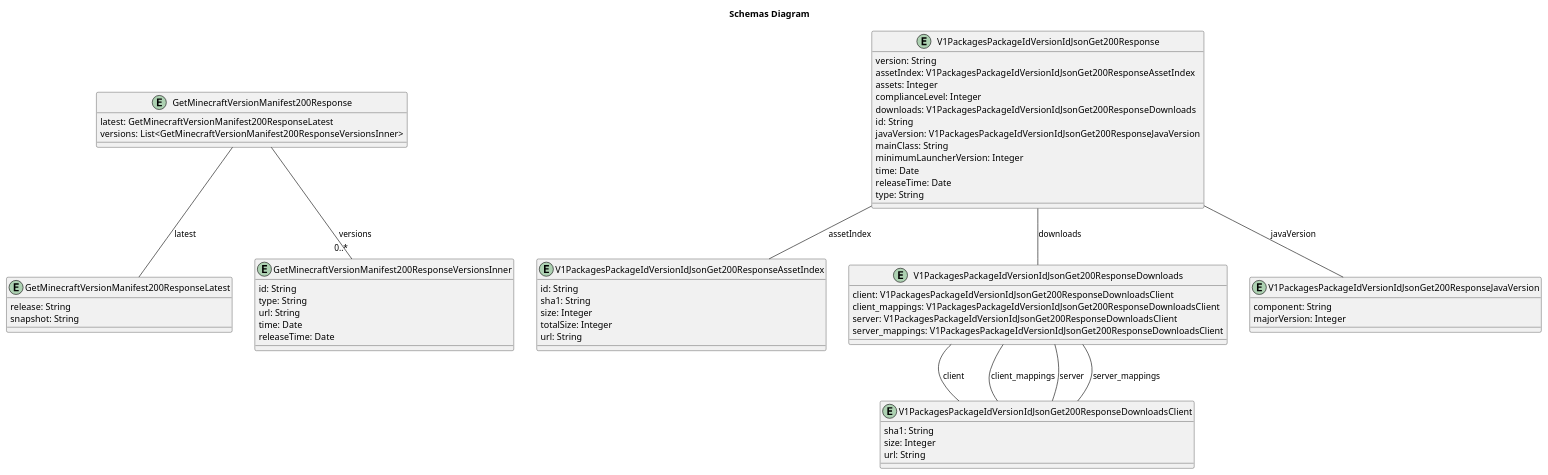
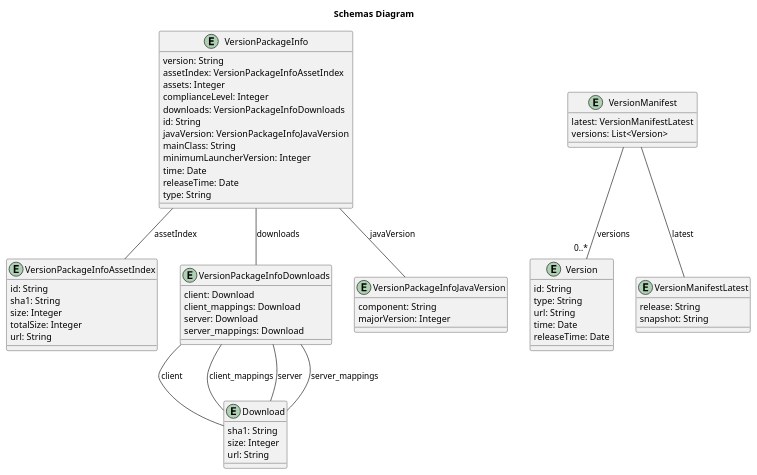
One commit to oapicf/minecraft-versions changed the diagram in clients/plantuml/generated/schemas.plantuml. Above: the diagram before and after it, drawn with PlantUML. The commit also changed 1452 other files, not shown here.

```diff
--- a/clients/plantuml/generated/schemas.plantuml
+++ b/clients/plantuml/generated/schemas.plantuml
@@ -1,75 +1,75 @@
 @startuml
 
 title  Schemas Diagram
 
-entity GetMinecraftVersionManifest200Response {
-    latest: GetMinecraftVersionManifest200ResponseLatest
-    versions: List<GetMinecraftVersionManifest200ResponseVersionsInner>
+entity Download {
+    sha1: String
+    size: Integer
+    url: String
 }
 
-entity GetMinecraftVersionManifest200ResponseLatest {
-    release: String
-    snapshot: String
-}
-
-entity GetMinecraftVersionManifest200ResponseVersionsInner {
+entity Version {
     id: String
     type: String
     url: String
     time: Date
     releaseTime: Date
 }
 
-entity V1PackagesPackageIdVersionIdJsonGet200Response {
+entity VersionManifest {
+    latest: VersionManifestLatest
+    versions: List<Version>
+}
+
+entity VersionManifestLatest {
+    release: String
+    snapshot: String
+}
+
+entity VersionPackageInfo {
     version: String
-    assetIndex: V1PackagesPackageIdVersionIdJsonGet200ResponseAssetIndex
+    assetIndex: VersionPackageInfoAssetIndex
     assets: Integer
     complianceLevel: Integer
-    downloads: V1PackagesPackageIdVersionIdJsonGet200ResponseDownloads
+    downloads: VersionPackageInfoDownloads
     id: String
-    javaVersion: V1PackagesPackageIdVersionIdJsonGet200ResponseJavaVersion
+    javaVersion: VersionPackageInfoJavaVersion
     mainClass: String
     minimumLauncherVersion: Integer
     time: Date
     releaseTime: Date
     type: String
 }
 
-entity V1PackagesPackageIdVersionIdJsonGet200ResponseAssetIndex {
+entity VersionPackageInfoAssetIndex {
     id: String
     sha1: String
     size: Integer
     totalSize: Integer
     url: String
 }
 
-entity V1PackagesPackageIdVersionIdJsonGet200ResponseDownloads {
-    client: V1PackagesPackageIdVersionIdJsonGet200ResponseDownloadsClient
-    client_mappings: V1PackagesPackageIdVersionIdJsonGet200ResponseDownloadsClient
-    server: V1PackagesPackageIdVersionIdJsonGet200ResponseDownloadsClient
-    server_mappings: V1PackagesPackageIdVersionIdJsonGet200ResponseDownloadsClient
+entity VersionPackageInfoDownloads {
+    client: Download
+    client_mappings: Download
+    server: Download
+    server_mappings: Download
 }
 
-entity V1PackagesPackageIdVersionIdJsonGet200ResponseDownloadsClient {
-    sha1: String
-    size: Integer
-    url: String
-}
-
-entity V1PackagesPackageIdVersionIdJsonGet200ResponseJavaVersion {
+entity VersionPackageInfoJavaVersion {
     component: String
     majorVersion: Integer
 }
 
 
-GetMinecraftVersionManifest200Response -- GetMinecraftVersionManifest200ResponseLatest : latest
-GetMinecraftVersionManifest200Response -- "0..*" GetMinecraftVersionManifest200ResponseVersionsInner : versions
-V1PackagesPackageIdVersionIdJsonGet200ResponseDownloads -- V1PackagesPackageIdVersionIdJsonGet200ResponseDownloadsClient : client
-V1PackagesPackageIdVersionIdJsonGet200ResponseDownloads -- V1PackagesPackageIdVersionIdJsonGet200ResponseDownloadsClient : client_mappings
-V1PackagesPackageIdVersionIdJsonGet200ResponseDownloads -- V1PackagesPackageIdVersionIdJsonGet200ResponseDownloadsClient : server
-V1PackagesPackageIdVersionIdJsonGet200ResponseDownloads -- V1PackagesPackageIdVersionIdJsonGet200ResponseDownloadsClient : server_mappings
-V1PackagesPackageIdVersionIdJsonGet200Response -- V1PackagesPackageIdVersionIdJsonGet200ResponseAssetIndex : assetIndex
-V1PackagesPackageIdVersionIdJsonGet200Response -- V1PackagesPackageIdVersionIdJsonGet200ResponseDownloads : downloads
-V1PackagesPackageIdVersionIdJsonGet200Response -- V1PackagesPackageIdVersionIdJsonGet200ResponseJavaVersion : javaVersion
+VersionPackageInfoDownloads -- Download : client
+VersionPackageInfoDownloads -- Download : client_mappings
+VersionPackageInfoDownloads -- Download : server
+VersionPackageInfoDownloads -- Download : server_mappings
+VersionPackageInfo -- VersionPackageInfoAssetIndex : assetIndex
+VersionPackageInfo -- VersionPackageInfoDownloads : downloads
+VersionPackageInfo -- VersionPackageInfoJavaVersion : javaVersion
+VersionManifest -- VersionManifestLatest : latest
+VersionManifest -- "0..*" Version : versions
 
 @enduml
```
